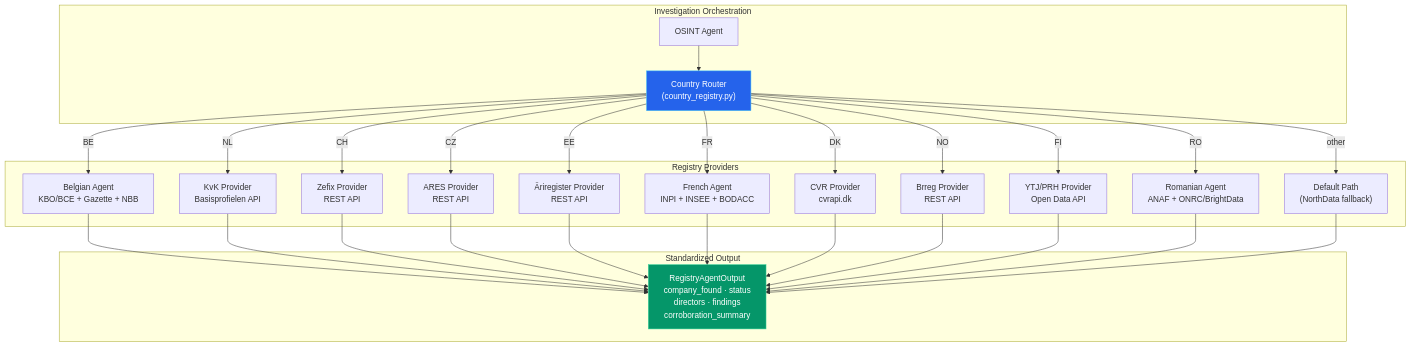
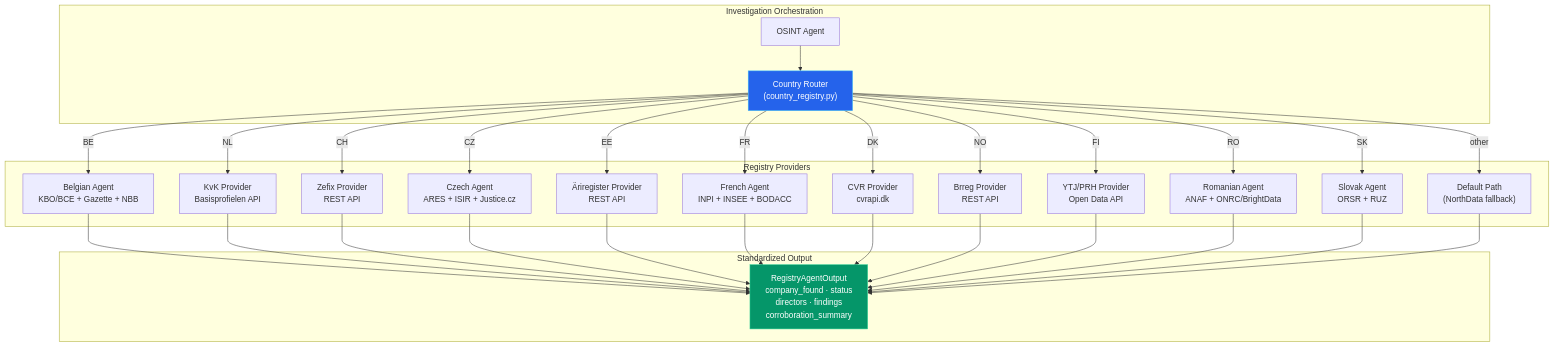
The first of 2 diagrams in docs/architecture/multi-country-registries.md (Tsunami-max/trust-relay-docs), drawn with Mermaid before and after one commit. The commit also changed other lines of this file and 177 other files, not shown here.

````diff
--- a/docs/architecture/multi-country-registries.md
+++ b/docs/architecture/multi-country-registries.md
@@ -50,52 +61,55 @@
 ```mermaid
 flowchart TB
     subgraph Orchestration["Investigation Orchestration"]
         OSINT["OSINT Agent"]
         CR["Country Router<br/>(country_registry.py)"]
     end
 
     subgraph Providers["Registry Providers"]
         BE["Belgian Agent<br/>KBO/BCE + Gazette + NBB"]
         NL["KvK Provider<br/>Basisprofielen API"]
         CH["Zefix Provider<br/>REST API"]
-        CZ["ARES Provider<br/>REST API"]
+        CZ["Czech Agent<br/>ARES + ISIR + Justice.cz"]
         EE["Äriregister Provider<br/>REST API"]
         FR["French Agent<br/>INPI + INSEE + BODACC"]
         DK["CVR Provider<br/>cvrapi.dk"]
         NO["Brreg Provider<br/>REST API"]
         FI["YTJ/PRH Provider<br/>Open Data API"]
         RO["Romanian Agent<br/>ANAF + ONRC/BrightData"]
+        SK["Slovak Agent<br/>ORSR + RUZ"]
         DEF["Default Path<br/>(NorthData fallback)"]
     end
 
     subgraph Output["Standardized Output"]
         RAO["RegistryAgentOutput<br/>company_found · status<br/>directors · findings<br/>corroboration_summary"]
     end
 
     OSINT --> CR
     CR -->|BE| BE
     CR -->|NL| NL
     CR -->|CH| CH
     CR -->|CZ| CZ
     CR -->|EE| EE
     CR -->|FR| FR
     CR -->|DK| DK
     CR -->|NO| NO
     CR -->|FI| FI
     CR -->|RO| RO
+    CR -->|SK| SK
     CR -->|other| DEF
     BE --> RAO
     NL --> RAO
     CH --> RAO
     CZ --> RAO
     EE --> RAO
     FR --> RAO
     DK --> RAO
     NO --> RAO
     FI --> RAO
     RO --> RAO
+    SK --> RAO
     DEF --> RAO
 
     style CR fill:#2563eb,stroke:#38bdf8,color:#fff
     style RAO fill:#059669,stroke:#34d399,color:#fff
 ```
````
